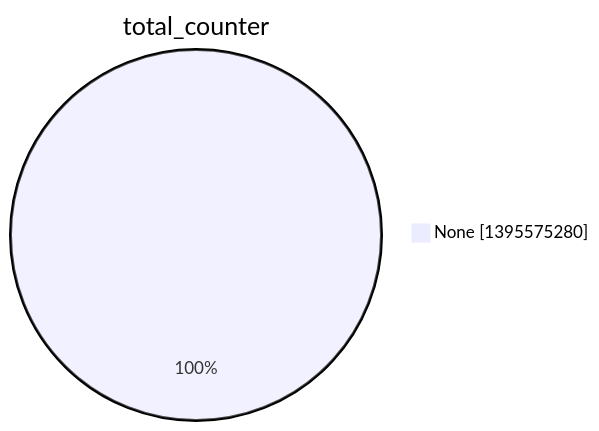
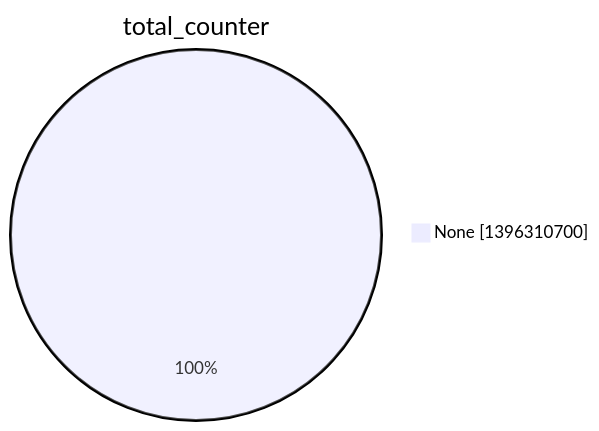
One commit to christiankrug/ctmonitor_visualization changed the second of 15 diagrams in argon2022/README.md. Above: the diagram before and after it, drawn with Mermaid. The commit also changed other lines of this file, not shown here.

````diff
--- a/argon2022/README.md
+++ b/argon2022/README.md
@@ -9,5 +9,5 @@
 ```mermaid
 pie showData
 title total_counter
-"None" :1395575280
+"None" :1396310700
 ```
````
